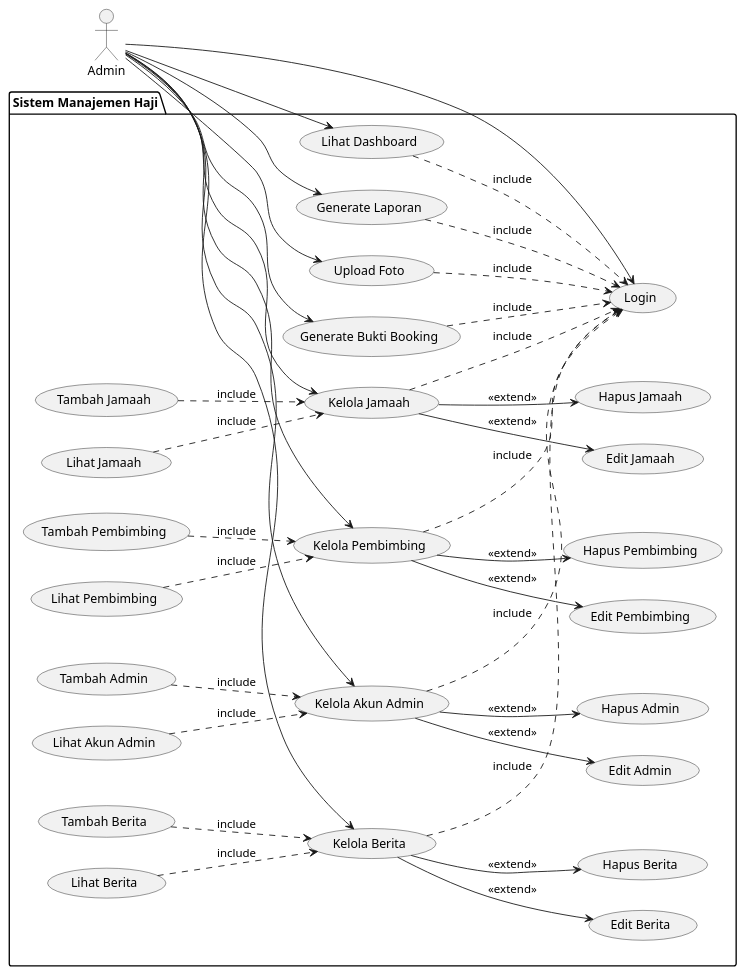
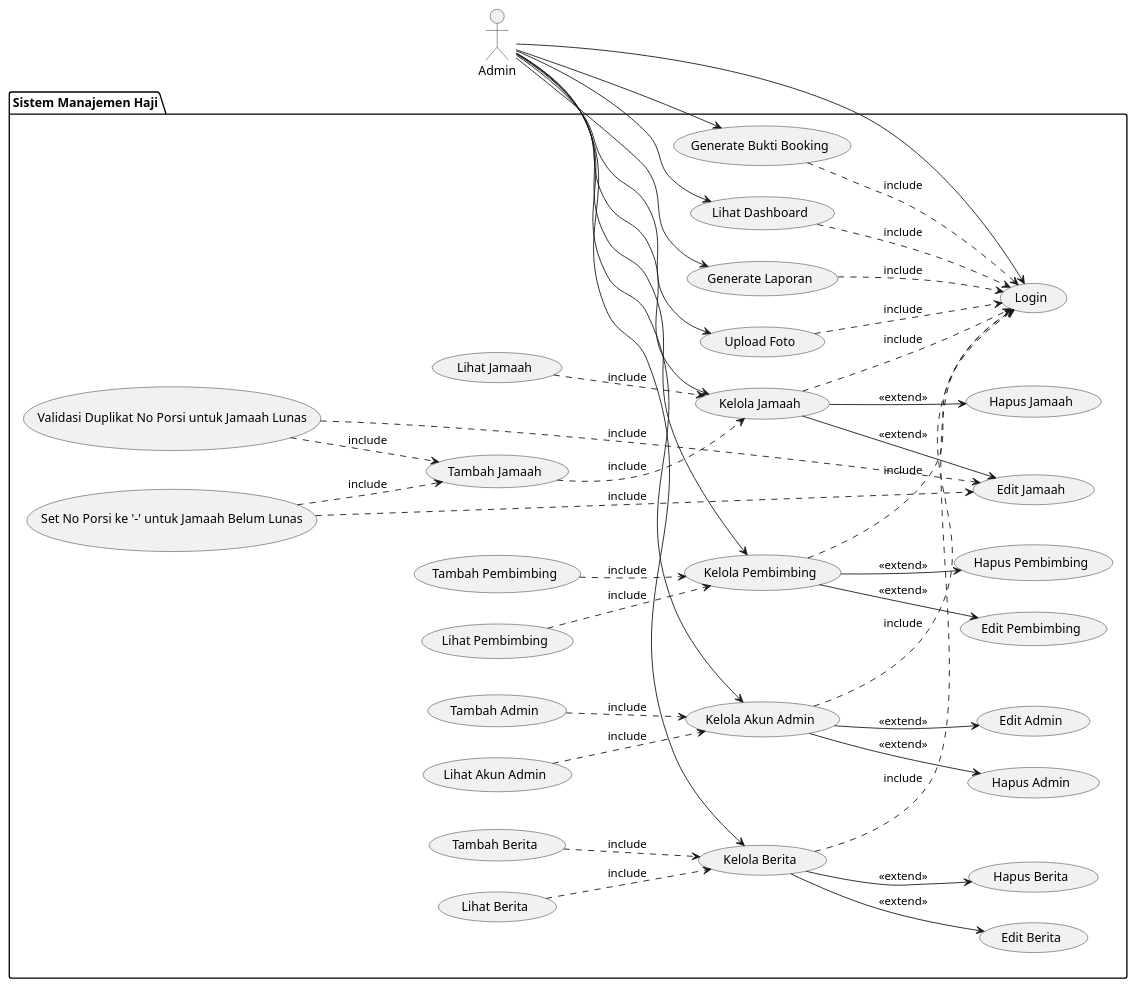
Before and after one commit to fauzirahayu/uzicom: the diagram in komponen/use_case_diagram_admin.puml, drawn with PlantUML. The commit also changed 19 other files, not shown here.

```diff
--- a/komponen/use_case_diagram_admin.puml
+++ b/komponen/use_case_diagram_admin.puml
@@ -1,90 +1,96 @@
 @startuml
 left to right direction
 
 actor "Admin" as Admin
 
 package "Sistem Manajemen Haji" {
     ' Authentication
     usecase "Login" as UC1
 
     ' Dashboard
     usecase "Lihat Dashboard" as UC3
 
     ' Jamaah Management
     usecase "Kelola Jamaah" as UC4
     usecase "Tambah Jamaah" as UC5
     usecase "Edit Jamaah" as UC6
     usecase "Hapus Jamaah" as UC7
     usecase "Lihat Jamaah" as UC8
+    usecase "Validasi Duplikat No Porsi untuk Jamaah Lunas" as UC36
+    usecase "Set No Porsi ke '-' untuk Jamaah Belum Lunas" as UC37
 
     ' Pembimbing Management
     usecase "Kelola Pembimbing" as UC9
     usecase "Tambah Pembimbing" as UC10
     usecase "Edit Pembimbing" as UC11
     usecase "Hapus Pembimbing" as UC12
     usecase "Lihat Pembimbing" as UC13
 
     ' Admin Account Management
     usecase "Kelola Akun Admin" as UC14
     usecase "Tambah Admin" as UC15
     usecase "Edit Admin" as UC16
     usecase "Hapus Admin" as UC17
     usecase "Lihat Akun Admin" as UC18
 
     ' News Management
     usecase "Kelola Berita" as UC24
     usecase "Tambah Berita" as UC25
     usecase "Edit Berita" as UC26
     usecase "Hapus Berita" as UC27
     usecase "Lihat Berita" as UC28
 
     ' Reports and Uploads
     usecase "Generate Laporan" as UC29
     usecase "Upload Foto" as UC34
     usecase "Generate Bukti Booking" as UC35
 
     ' Includes and Extends
     UC3 ..> UC1 : include
     UC4 ..> UC1 : include
     UC9 ..> UC1 : include
     UC14 ..> UC1 : include
     UC24 ..> UC1 : include
     UC29 ..> UC1 : include
     UC34 ..> UC1 : include
     UC35 ..> UC1 : include
 
     UC5 ..> UC4 : include
     UC8 ..> UC4 : include
     UC4 --> UC6 : <<extend>>
     UC4 --> UC7 : <<extend>>
+    UC36 ..> UC5 : include
+    UC37 ..> UC5 : include
+    UC36 ..> UC6 : include
+    UC37 ..> UC6 : include
 
     UC10 ..> UC9 : include
     UC13 ..> UC9 : include
     UC9 --> UC11 : <<extend>>
     UC9 --> UC12 : <<extend>>
 
     UC15 ..> UC14 : include
     UC18 ..> UC14 : include
     UC14 --> UC16 : <<extend>>
     UC14 --> UC17 : <<extend>>
 
     UC25 ..> UC24 : include
     UC28 ..> UC24 : include
     UC24 --> UC26 : <<extend>>
     UC24 --> UC27 : <<extend>>
 }
 
 '
 ' Admin relations
 '
 Admin --> UC1
 Admin --> UC3
 Admin --> UC4
 Admin --> UC9
 Admin --> UC14
 Admin --> UC24
 Admin --> UC29
 Admin --> UC34
 Admin --> UC35
 
 @enduml
```
